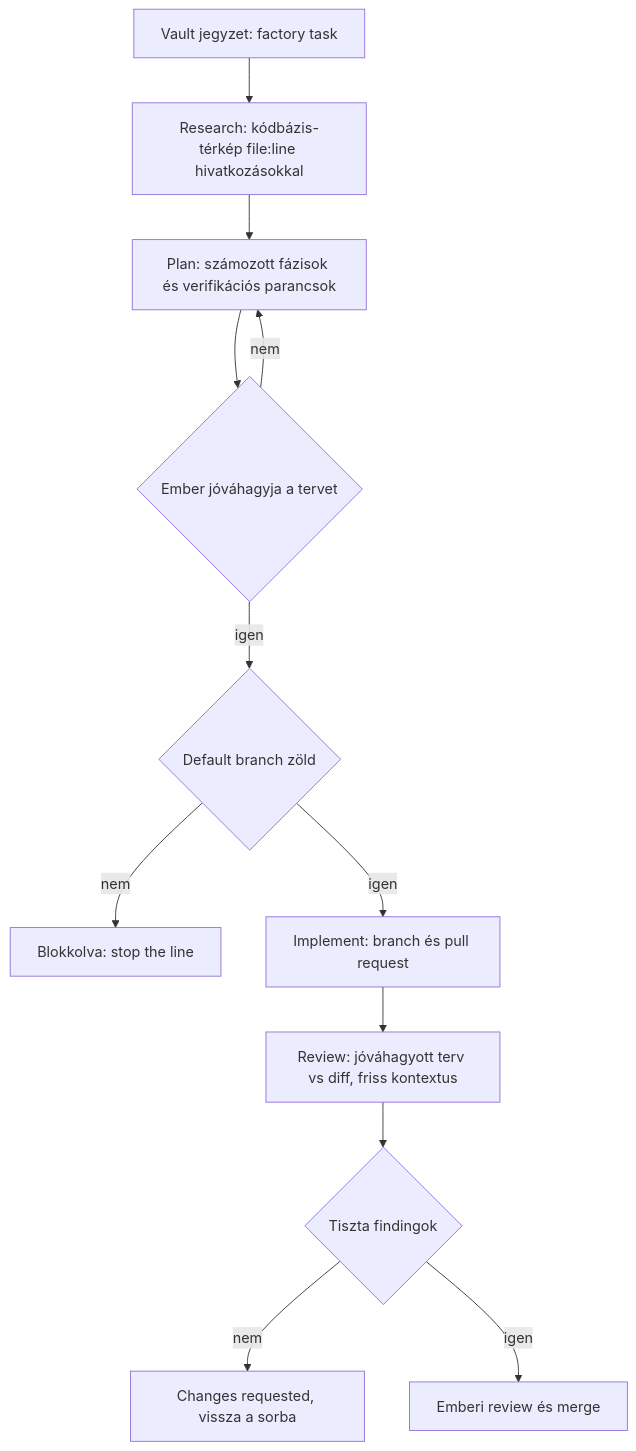
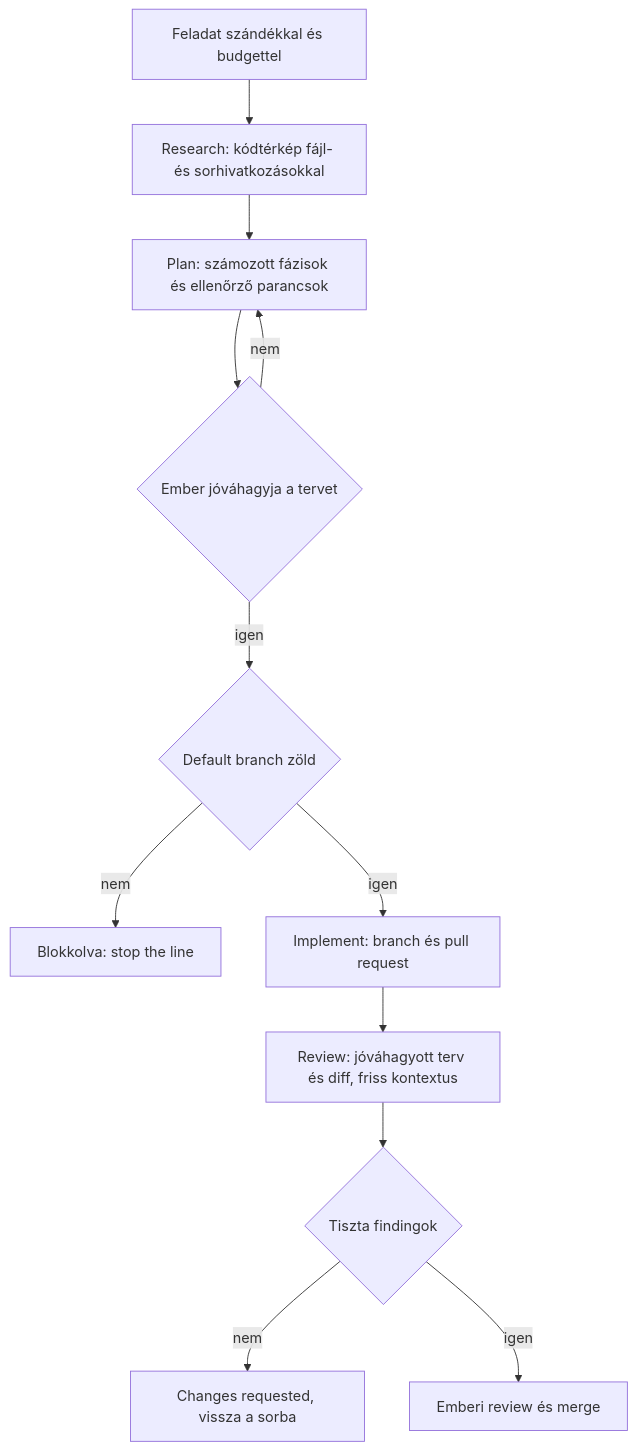
One commit to monad-systems/monad.hu changed the second of 2 diagrams in posts/hu/building-blocks-ai-native-development.md. Above: the diagram before and after it, drawn with Mermaid. The commit also changed other lines of this file and 1 other file, not shown here.

````diff
--- a/posts/hu/building-blocks-ai-native-development.md
+++ b/posts/hu/building-blocks-ai-native-development.md
@@ -155,14 +142,14 @@
 ```mermaid
 flowchart TD
-    A[Vault jegyzet: factory task] --> B[Research: kódbázis-térkép file:line hivatkozásokkal]
-    B --> C[Plan: számozott fázisok és verifikációs parancsok]
+    A[Feladat szándékkal és budgettel] --> B[Research: kódtérkép fájl- és sorhivatkozásokkal]
+    B --> C[Plan: számozott fázisok és ellenőrző parancsok]
     C --> D{Ember jóváhagyja a tervet}
     D -->|nem| C
     D -->|igen| E{Default branch zöld}
     E -->|nem| F[Blokkolva: stop the line]
     E -->|igen| G[Implement: branch és pull request]
-    G --> H[Review: jóváhagyott terv vs diff, friss kontextus]
+    G --> H[Review: jóváhagyott terv és diff, friss kontextus]
     H --> I{Tiszta findingok}
     I -->|nem| J[Changes requested, vissza a sorba]
     I -->|igen| K[Emberi review és merge]
 ```
````
